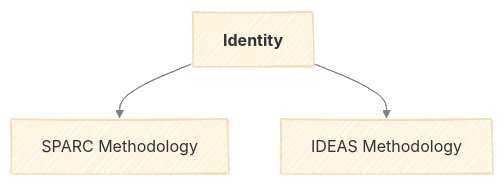
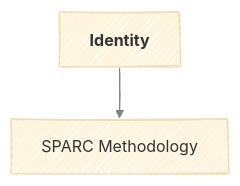
The diagram in methodology/identity/methodology.md (athrael-soju/framework-generator), drawn with Mermaid before and after one commit. The commit also changed other lines of this file and 21 other files, not shown here.

First line of the commit message:
Refactor PRAXIS framework: streamline IDEAS methodology, remove redundant components, and enhance SPARC integration

````diff
--- a/methodology/identity/methodology.md
+++ b/methodology/identity/methodology.md
@@ -5,13 +5,12 @@
 ```mermaid
 ---
 config:
   layout: dagre
   look: handDrawn
   theme: base
   themeVariables:
     lineColor: gray
 ---
 flowchart TB
     Identity["<b>Identity</b>"] --> SPARC["SPARC Methodology"]
-    Identity --> IDEAS["IDEAS Methodology"]
 ```
````
